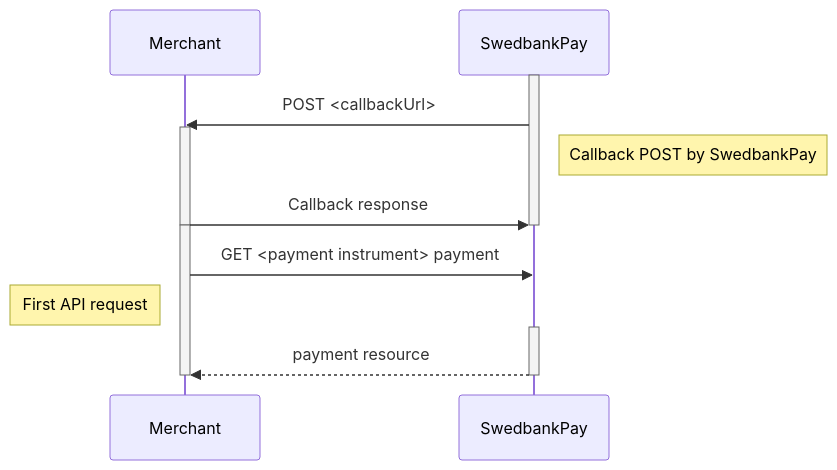
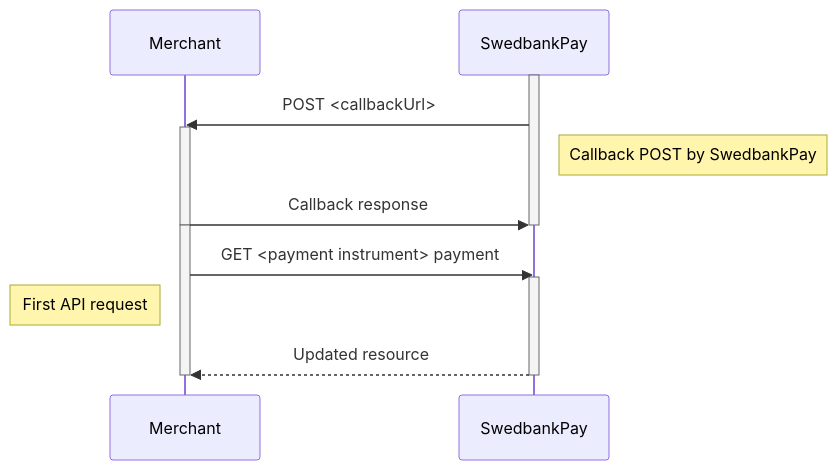
Before and after one commit to SwedbankPay/developer.swedbankpay.com: the diagram in index.md, drawn with Mermaid. The commit also changed other lines of this file, not shown here.

````diff
--- a/index.md
+++ b/index.md
@@ -262,21 +263,21 @@
 ```mermaid
 sequenceDiagram
     participant Merchant
     participant SwedbankPay
-    
+
     activate SwedbankPay
-        SwedbankPay->>Merchant: POST <callbackUrl>
-        activate Merchant
-            note right of SwedbankPay: Callback POST by SwedbankPay
-            Merchant->>SwedbankPay: Callback response
-        deactivate Merchant
+      SwedbankPay->>Merchant: POST <callbackUrl>
+      activate Merchant
+        Note right of SwedbankPay: Callback POST by SwedbankPay
+        Merchant->>SwedbankPay: Callback response
+      deactivate Merchant
     deactivate SwedbankPay
 
     activate Merchant
-        Merchant->>SwedbankPay: GET <payment instrument> payment
-        note left of Merchant: First API request
-        activate SwedbankPay
-            SwedbankPay-->>Merchant: payment resource
-        deactivate SwedbankPay
+      Merchant->>SwedbankPay: GET <payment instrument> payment
+      activate SwedbankPay
+        Note left of Merchant: First API request
+        SwedbankPay-->>Merchant: Updated resource
+      deactivate SwedbankPay
     deactivate Merchant
 ```
````
